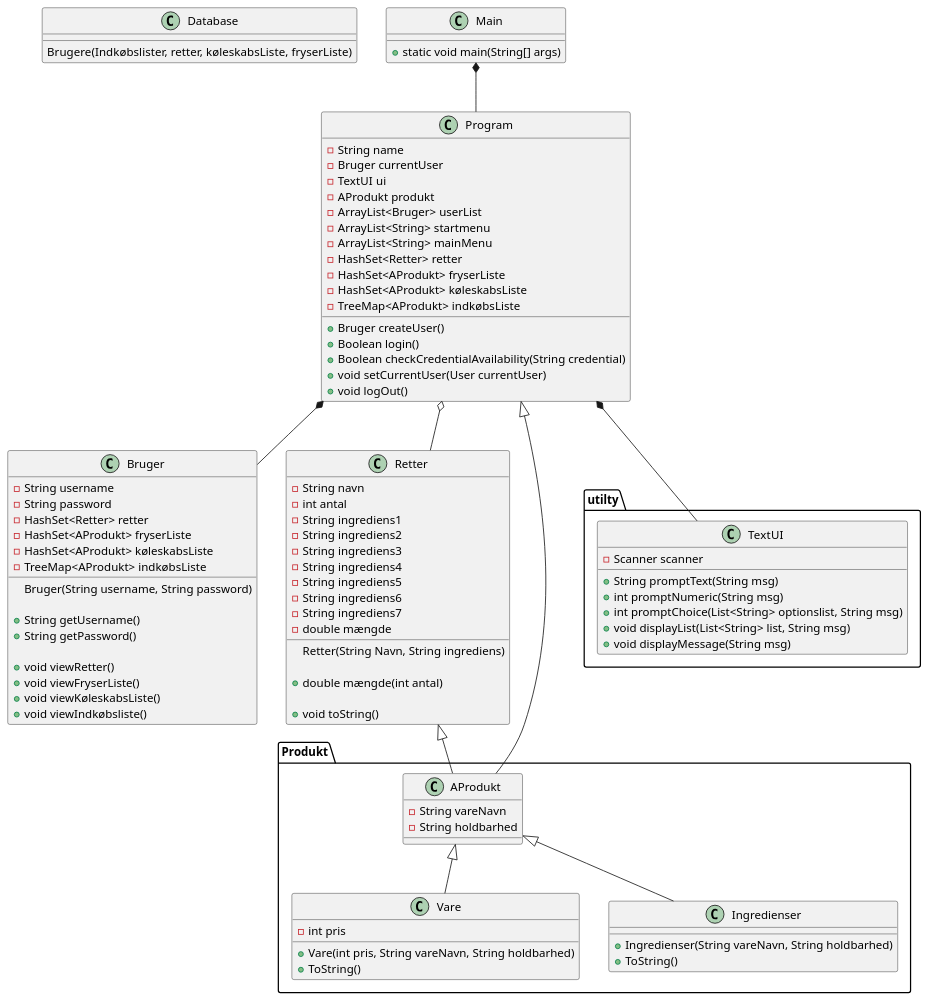
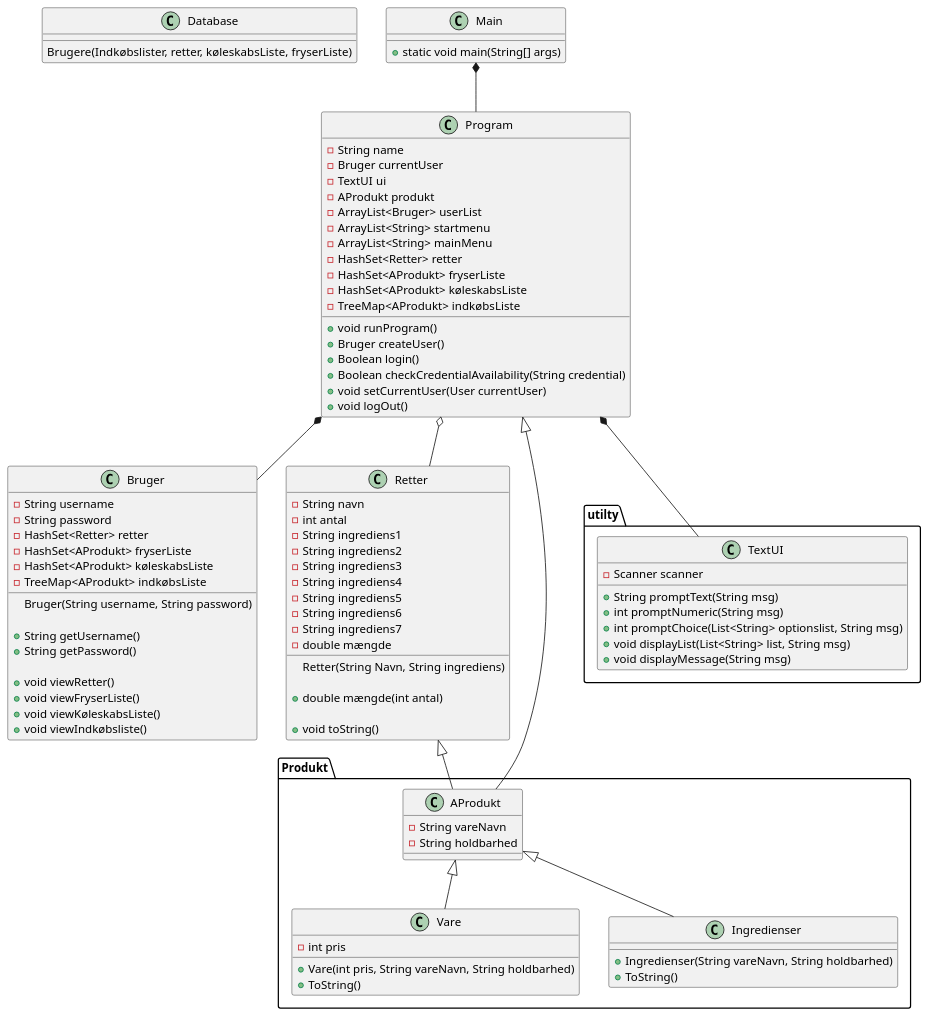
Before and after one commit to mrPrimeBeef/1.-Sem-ICE: the diagram in ICE indkoebsListe/Doc/Static/KlasseDiagram v1.puml, drawn with PlantUML. The commit also changed 1 other file, not shown here.

```diff
--- a/ICE indkoebsListe/Doc/Static/KlasseDiagram v1.puml
+++ b/ICE indkoebsListe/Doc/Static/KlasseDiagram v1.puml
@@ -1,154 +1,155 @@
 @startuml
 
 class Database{
 Brugere(Indkøbslister, retter, køleskabsListe, fryserListe)
 }
 
 class Main {
 + static void main(String[] args)
 }
 
 
 
 
 
 class Bruger {
 - String username
 - String password
 - HashSet<Retter> retter
 - HashSet<AProdukt> fryserListe
 - HashSet<AProdukt> køleskabsListe
 - TreeMap<AProdukt> indkøbsListe
 
 Bruger(String username, String password)
 
 + String getUsername()
 + String getPassword()
 
 + void viewRetter()
 + void viewFryserListe()
 + void viewKøleskabsListe()
 + void viewIndkøbsliste()
 }
 
 class Program {
 - String name
 - Bruger currentUser
 - TextUI ui
 - AProdukt produkt
 '- FileIO io
 - ArrayList<Bruger> userList
 -ArrayList<String> startmenu
 -ArrayList<String> mainMenu
 - HashSet<Retter> retter
 - HashSet<AProdukt> fryserListe
 - HashSet<AProdukt> køleskabsListe
 - TreeMap<AProdukt> indkøbsListe
 
++ void runProgram()
 + Bruger createUser()
 + Boolean login()
 + Boolean checkCredentialAvailability(String credential)
 + void setCurrentUser(User currentUser)
 + void logOut()
 }
 
 class Retter{
 - String navn
 - int antal
 - String ingrediens1
 - String ingrediens2
 - String ingrediens3
 - String ingrediens4
 - String ingrediens5
 - String ingrediens6
 - String ingrediens7
 - double mængde
 
 Retter(String Navn, String ingrediens)
 
 + double mængde(int antal)
 
 + void toString()
 
 }
 
 package Produkt {
 class AProdukt{
 - String vareNavn
 - String holdbarhed
 
 }
 
 class Vare{
 - int pris
 + Vare(int pris, String vareNavn, String holdbarhed)
 + ToString()
 }
 
 class Ingredienser{
 + Ingredienser(String vareNavn, String holdbarhed)
 + ToString()
 }
 }
 
 
 package utilty{
 'class FileIO {
 '- ArrayList<Movie> listOfMovies
 '- ArrayList<Series> listOfSeries
 '- String moviePath
 '- String seriePath
 '- String favoritesPath
 '- String watchedPath
 '- String userSavePath
 
 '+ ArrayList<String> readMovieData()
 '+ ArrayList<String> readSerieData()
 '- ArrayList<String> scanFile(String path)
 '+ void saveFavorites(User currentUser, AMedia media)
 '+ void saveWatched(User currentUser, AMedia media)
 '+ void deleteFavorites(String title, User currentUser)
 '- void mediaSaveOrRemove(User currentUser, String title, String path, boolean willRemove)
 '+ String getFavorites(User currentUser)
 '+ String getWatched(User currentUser)
 '- String getMedia(User currentUser, String path)
 '+ void saveUserData(User currentUser)
 '+ ArrayList<User> readUserData()
 '}
 
 
 class TextUI {
 - Scanner scanner
 + String promptText(String msg)
 + int promptNumeric(String msg)
 + int promptChoice(List<String> optionslist, String msg)
 + void displayList(List<String> list, String msg)
 + void displayMessage(String msg)
 }
 }
 
 
 Main *-- Program
 Program *-- Bruger
 Program *-- TextUI
 Program <|-- AProdukt
 
 Retter <|-- AProdukt
 Program o-- Retter
 
 AProdukt <|-- Ingredienser
 AProdukt <|-- Vare
 
 
 
 'https://devhints.io/plantuml
 'Car <|-- SmallCar      # extension
 'Car *-- Engine         # composition
 'Cars o-- Car           # aggregation
 'Car <|.. SmallCar      # dotted line (use .. instead of --)
 'Car <|--* Car
 
 '-left->
 '-right->
 
 @enduml
```
